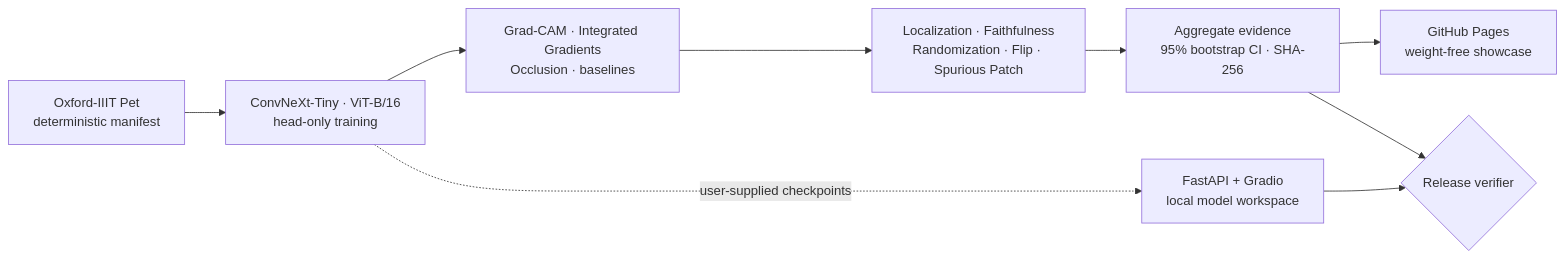
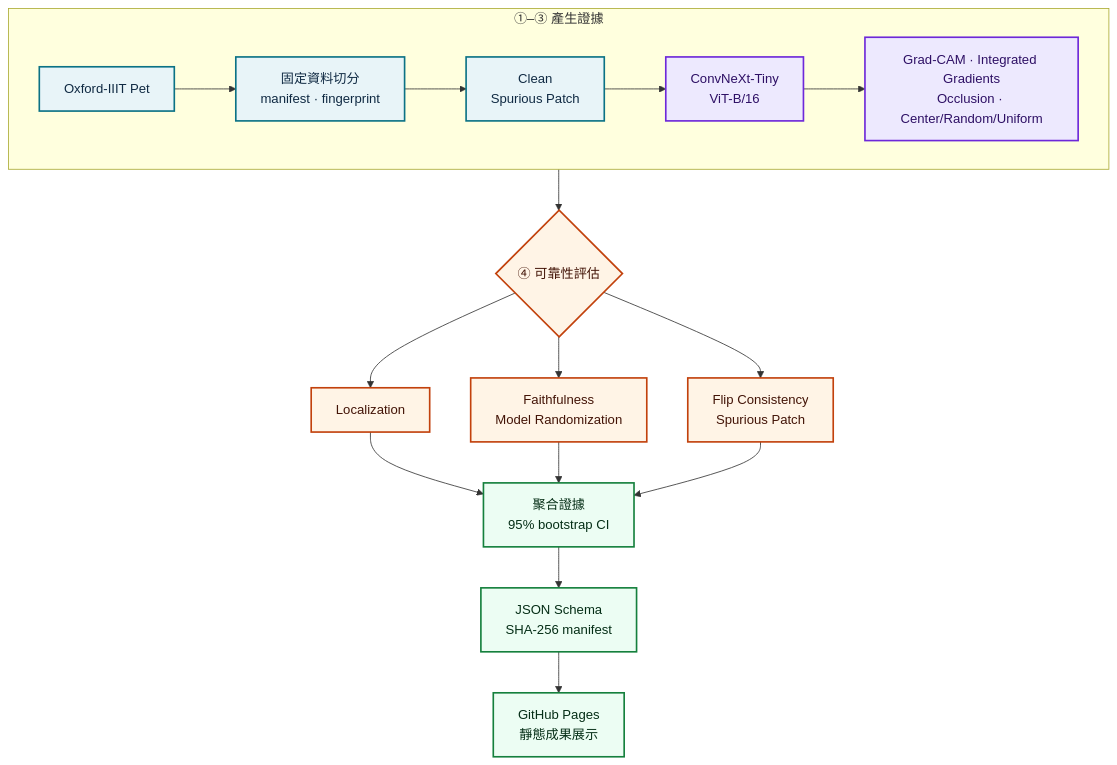
One commit to kuotunyu/vision-xai-reliability-lab changed the first of 2 diagrams in README.md. Above: the diagram before and after it, drawn with Mermaid. The commit also changed other lines of this file and 1 other file, not shown here.

Commit message:
Clarify README evidence architecture

````diff
--- a/README.md
+++ b/README.md
@@ -34,11 +36,29 @@
 ```mermaid
-flowchart LR
-    Data["Oxford-IIIT Pet<br/>deterministic manifest"] --> Train["ConvNeXt-Tiny · ViT-B/16<br/>head-only training"]
-    Train --> Attr["Grad-CAM · Integrated Gradients<br/>Occlusion · baselines"]
-    Attr --> Eval["Localization · Faithfulness<br/>Randomization · Flip · Spurious Patch"]
-    Eval --> Evidence["Aggregate evidence<br/>95% bootstrap CI · SHA-256"]
-    Evidence --> Showcase["GitHub Pages<br/>weight-free showcase"]
-    Train -. user-supplied checkpoints .-> Local["FastAPI + Gradio<br/>local model workspace"]
-    Evidence --> Gate{"Release verifier"}
-    Local --> Gate
+flowchart TB
+    subgraph Produce["①–③ 產生證據"]
+        direction LR
+        Data["Oxford-IIIT Pet"] --> Contract["固定資料切分<br/>manifest · fingerprint"]
+        Contract --> Conditions["Clean<br/>Spurious Patch"]
+        Conditions --> Models["ConvNeXt-Tiny<br/>ViT-B/16"]
+        Models --> Attribution["Grad-CAM · Integrated Gradients<br/>Occlusion · Center/Random/Uniform"]
+    end
+
+    Attribution --> Evaluate{"④ 可靠性評估"}
+    Evaluate --> Localization["Localization"]
+    Evaluate --> Dependence["Faithfulness<br/>Model Randomization"]
+    Evaluate --> Robustness["Flip Consistency<br/>Spurious Patch"]
+    Localization --> Aggregate["聚合證據<br/>95% bootstrap CI"]
+    Dependence --> Aggregate
+    Robustness --> Aggregate
+    Aggregate --> Integrity["JSON Schema<br/>SHA-256 manifest"]
+    Integrity --> Showcase["GitHub Pages<br/>靜態成果展示"]
+
+    classDef data fill:#E8F4F8,stroke:#0B7285,stroke-width:2px,color:#102A43
+    classDef model fill:#EDE9FE,stroke:#6D28D9,stroke-width:2px,color:#2E1065
+    classDef evaluation fill:#FFF4E6,stroke:#C2410C,stroke-width:2px,color:#431407
+    classDef evidence fill:#ECFDF3,stroke:#15803D,stroke-width:2px,color:#052E16
+    class Data,Contract,Conditions data
+    class Models,Attribution model
+    class Evaluate,Localization,Dependence,Robustness evaluation
+    class Aggregate,Integrity,Showcase evidence
 ```
````
